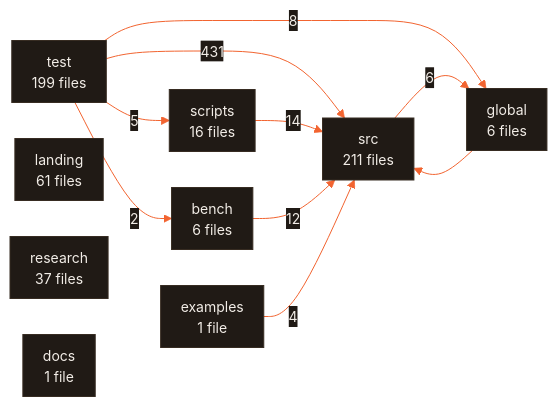
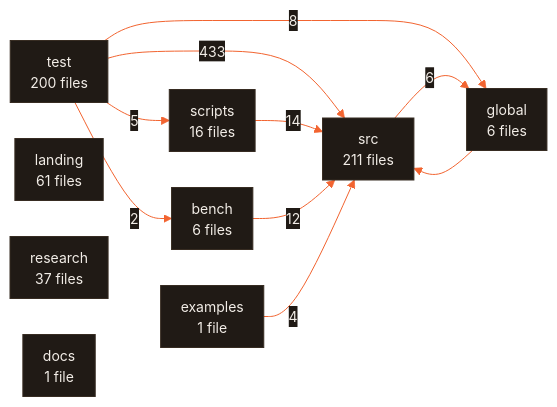
One commit to CodeWithJuber/forgekit changed the diagram in ARCHITECTURE.md. Above: the diagram before and after it, drawn with Mermaid. The commit also changed 4 other files, not shown here.

````diff
--- a/ARCHITECTURE.md
+++ b/ARCHITECTURE.md
@@ -676,22 +676,22 @@
 ```mermaid
 %%{init: {'theme':'base','themeVariables':{'primaryColor':'#201a15','primaryTextColor':'#f2ede7','primaryBorderColor':'#372c22','lineColor':'#f26430','secondaryColor':'#272019','tertiaryColor':'#171310','edgeLabelBackground':'#201a15','clusterBkg':'#171310','clusterBorder':'#4a3b2e','fontFamily':'ui-sans-serif, system-ui, sans-serif','fontSize':'14px'},'flowchart':{'curve':'basis','padding':10,'nodeSpacing':36,'rankSpacing':44}}}%%
 flowchart LR
   src["src<br/>211 files"]
-  test["test<br/>199 files"]
+  test["test<br/>200 files"]
   landing["landing<br/>61 files"]
   research["research<br/>37 files"]
   scripts["scripts<br/>16 files"]
   bench["bench<br/>6 files"]
   global["global<br/>6 files"]
   docs["docs<br/>1 file"]
   examples["examples<br/>1 file"]
-  test -- 431 --> src
+  test -- 433 --> src
   scripts -- 14 --> src
   bench -- 12 --> src
   test -- 8 --> global
   src -- 6 --> global
   test -- 5 --> scripts
   examples -- 4 --> src
   test -- 2 --> bench
   global --> src
 ```
````
